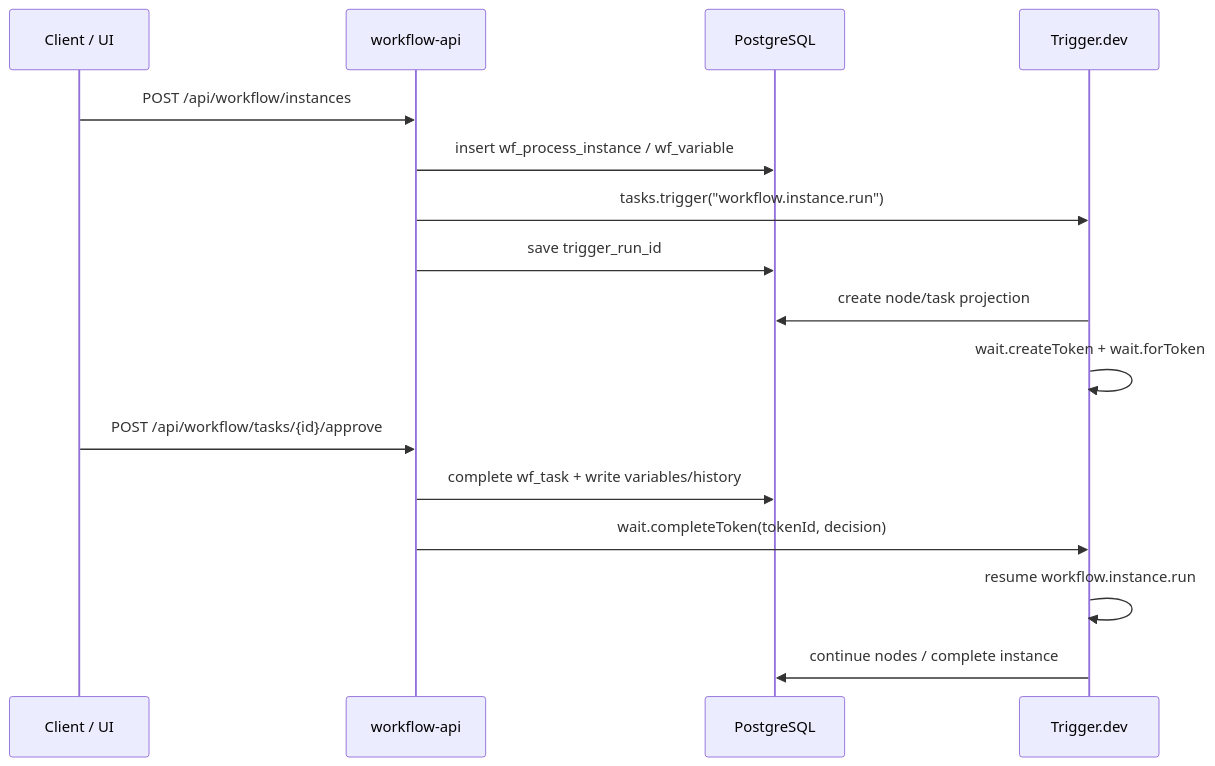
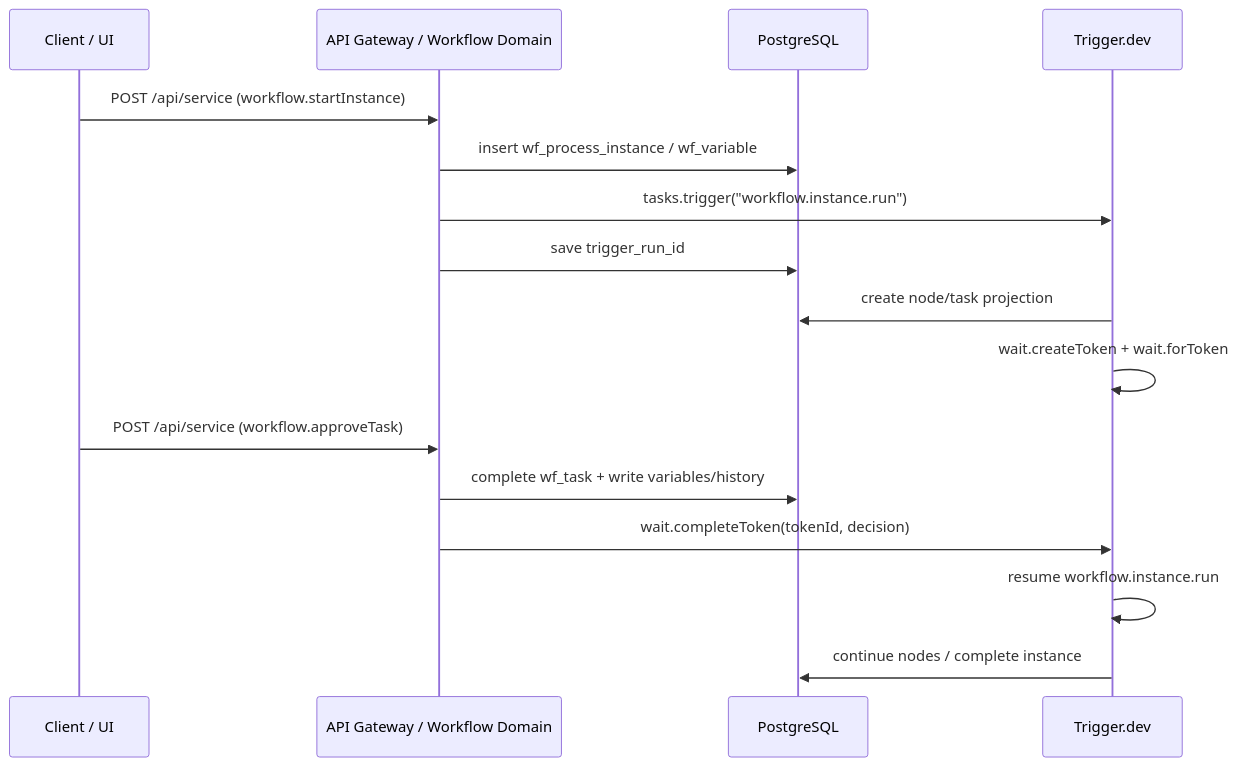
One commit to iosandrod/enLearn changed the diagram in docs/approval-workflow-triggerdev-runtime.md. Above: the diagram before and after it, drawn with Mermaid. The commit also changed other lines of this file and 89 other files, not shown here.

````diff
--- a/docs/approval-workflow-triggerdev-runtime.md
+++ b/docs/approval-workflow-triggerdev-runtime.md
@@ -17,19 +17,19 @@
 ```mermaid
 sequenceDiagram
   participant Client as Client / UI
-  participant API as workflow-api
+  participant API as API Gateway / Workflow Domain
   participant PG as PostgreSQL
   participant Trigger as Trigger.dev
 
-  Client->>API: POST /api/workflow/instances
+  Client->>API: POST /api/service (workflow.startInstance)
   API->>PG: insert wf_process_instance / wf_variable
   API->>Trigger: tasks.trigger("workflow.instance.run")
   API->>PG: save trigger_run_id
   Trigger->>PG: create node/task projection
   Trigger->>Trigger: wait.createToken + wait.forToken
-  Client->>API: POST /api/workflow/tasks/{id}/approve
+  Client->>API: POST /api/service (workflow.approveTask)
   API->>PG: complete wf_task + write variables/history
   API->>Trigger: wait.completeToken(tokenId, decision)
   Trigger->>Trigger: resume workflow.instance.run
   Trigger->>PG: continue nodes / complete instance
 ```
````
